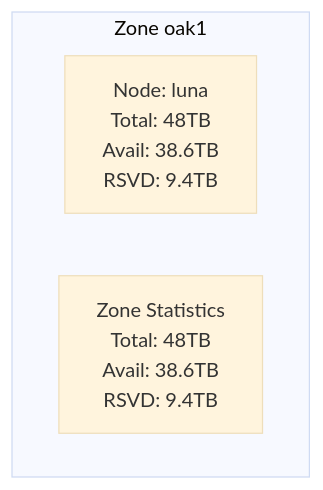
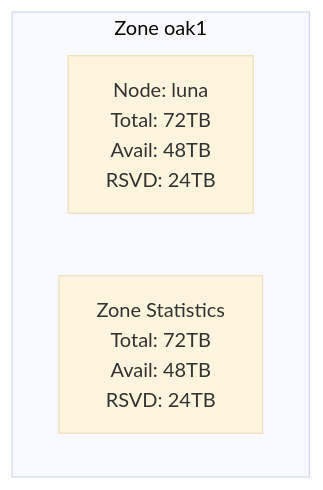
The fourth of 6 diagrams in README.md (dastron/storage-cluster), drawn with Mermaid (base theme) before and after one commit. The commit also changed other lines of this file, not shown here.

````diff
--- a/README.md
+++ b/README.md
@@ -165,9 +137,9 @@
 ```mermaid
 graph TD
     subgraph "Zone oak1"
         direction LR
-        Luna["Node: luna<br>Total: 48TB<br>Avail: 38.6TB<br>RSVD: 9.4TB"]
+        Luna["Node: luna<br>Total: 72TB<br>Avail: 48TB<br>RSVD: 24TB"]
         
-        ZoneStats["Zone Statistics<br>Total: 48TB<br>Avail: 38.6TB<br>RSVD: 9.4TB"]
+        ZoneStats["Zone Statistics<br>Total: 72TB<br>Avail: 48TB<br>RSVD: 24TB"]
     end
 ```
````
